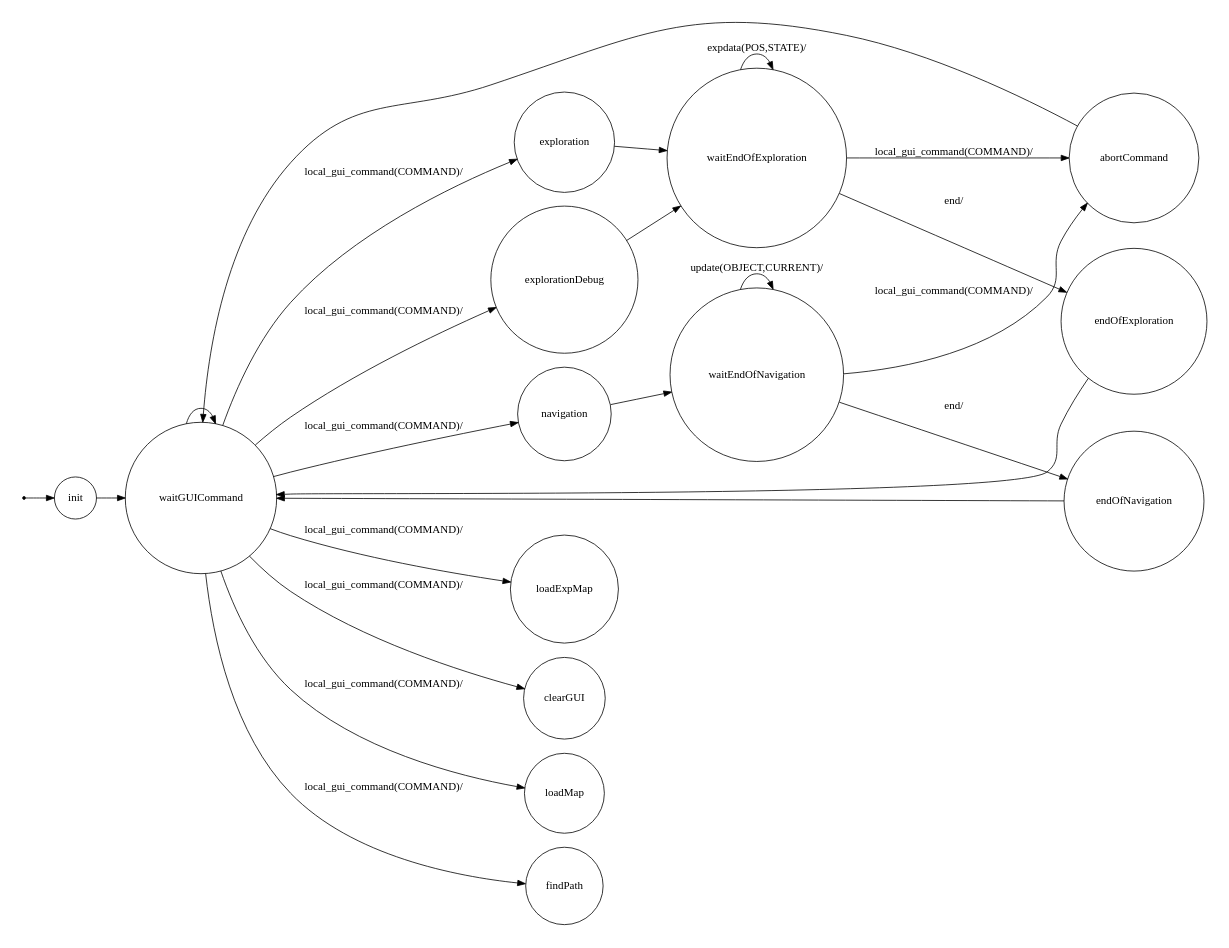
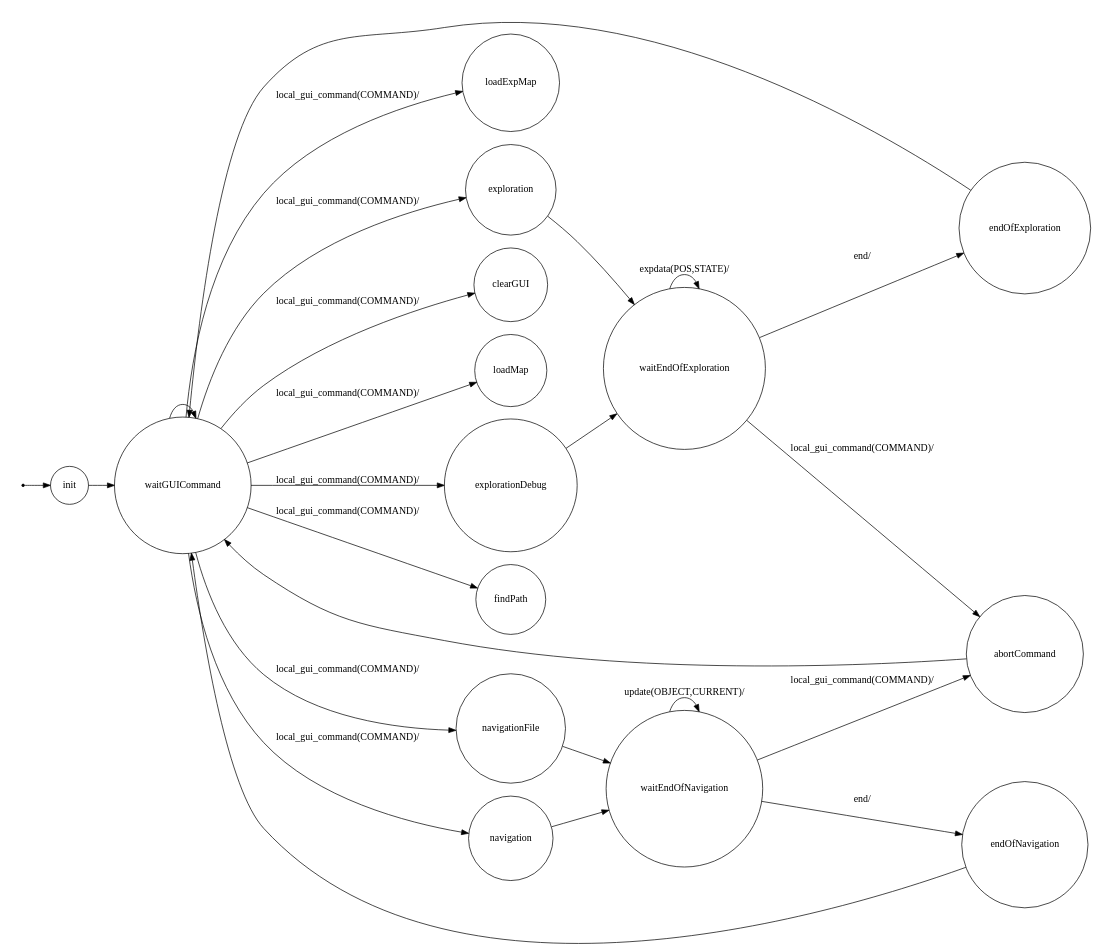
One commit to dariopasquali/IOT_Planning changed the diagram in SCOUT PROJECT 2017/it.unibo.iot.pasquali.scout.Console/srcMore/it/unibo/console/dotFsm.gv. Above: the diagram before and after it, drawn with Graphviz. The commit also changed 27 other files, not shown here.

```diff
--- a/SCOUT PROJECT 2017/it.unibo.iot.pasquali.scout.Console/srcMore/it/unibo/console/dotFsm.gv
+++ b/SCOUT PROJECT 2017/it.unibo.iot.pasquali.scout.Console/srcMore/it/unibo/console/dotFsm.gv
@@ -1,49 +1,52 @@
 /*
 *
 * A GraphViz DOT FSM description 
 * Please use a GraphViz visualizer (like http://www.webgraphviz.com)
 * 
 * Generated by AM,NC,RM
 *  
 */
  
 digraph finite_state_machine {
   	rankdir=LR;
   	size="8,5"
   	node [shape = point]; iniziale;
   	node [shape = doublecircle]; 
   	node [shape = circle];
   	iniziale -> init [label = ""];
   	
   	
   	init -> waitGUICommand [ label = ""];
   	
   	waitGUICommand -> waitGUICommand [ label = ""];
   	waitGUICommand -> navigation [ label = "local_gui_command(COMMAND)/"];
   	waitGUICommand -> loadExpMap [ label = "local_gui_command(COMMAND)/"];
   	waitGUICommand -> exploration [ label = "local_gui_command(COMMAND)/"];
   	waitGUICommand -> clearGUI [ label = "local_gui_command(COMMAND)/"];
   	waitGUICommand -> loadMap [ label = "local_gui_command(COMMAND)/"];
   	waitGUICommand -> explorationDebug [ label = "local_gui_command(COMMAND)/"];
   	waitGUICommand -> findPath [ label = "local_gui_command(COMMAND)/"];
+  	waitGUICommand -> navigationFile [ label = "local_gui_command(COMMAND)/"];
   	
   	exploration -> waitEndOfExploration [ label = ""];
   	
   	explorationDebug -> waitEndOfExploration [ label = ""];
   	
   	waitEndOfExploration -> waitEndOfExploration [ label = "expdata(POS,STATE)/"];
   	waitEndOfExploration -> endOfExploration [ label = "end/"];
   	waitEndOfExploration -> abortCommand [ label = "local_gui_command(COMMAND)/"];
   	
   	endOfExploration -> waitGUICommand [ label = ""];
   	
   	navigation -> waitEndOfNavigation [ label = ""];
   	
+  	navigationFile -> waitEndOfNavigation [ label = ""];
+  	
   	waitEndOfNavigation -> waitEndOfNavigation [ label = "update(OBJECT,CURRENT)/"];
   	waitEndOfNavigation -> endOfNavigation [ label = "end/"];
   	waitEndOfNavigation -> abortCommand [ label = "local_gui_command(COMMAND)/"];
   	
   	endOfNavigation -> waitGUICommand [ label = ""];
   	
   	abortCommand -> waitGUICommand [ label = ""];
 }
```
